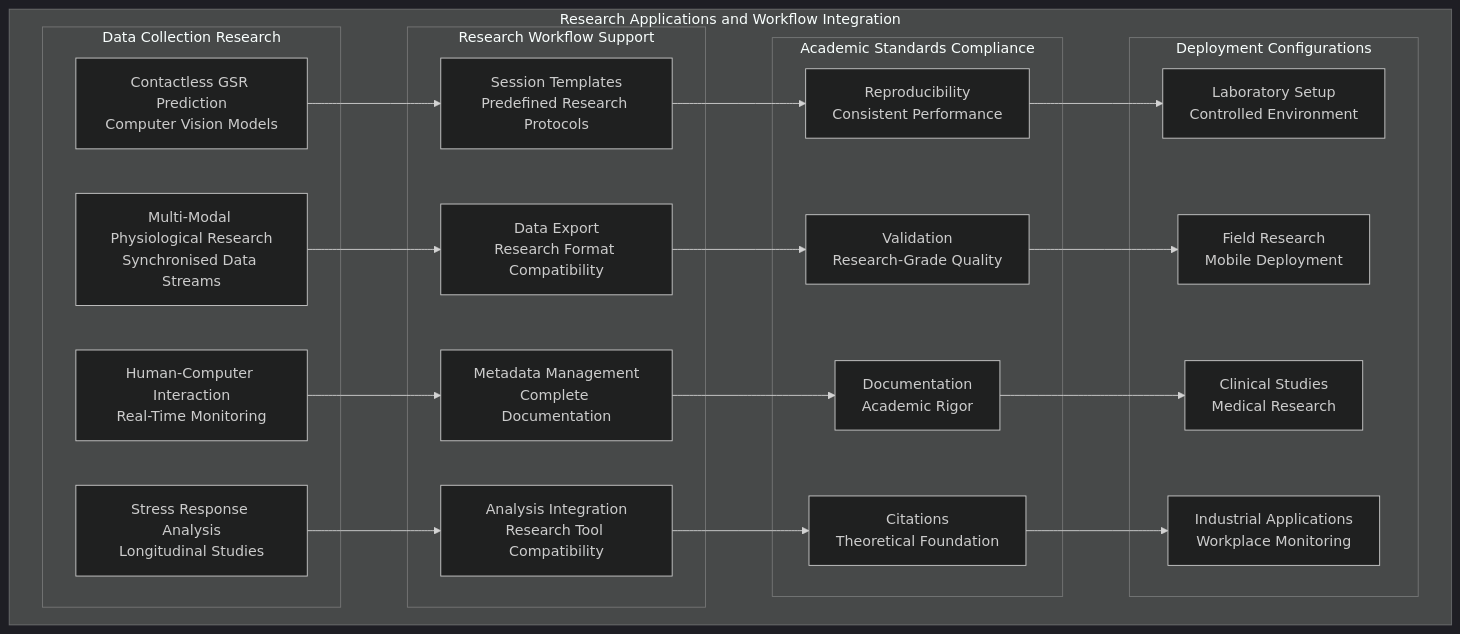
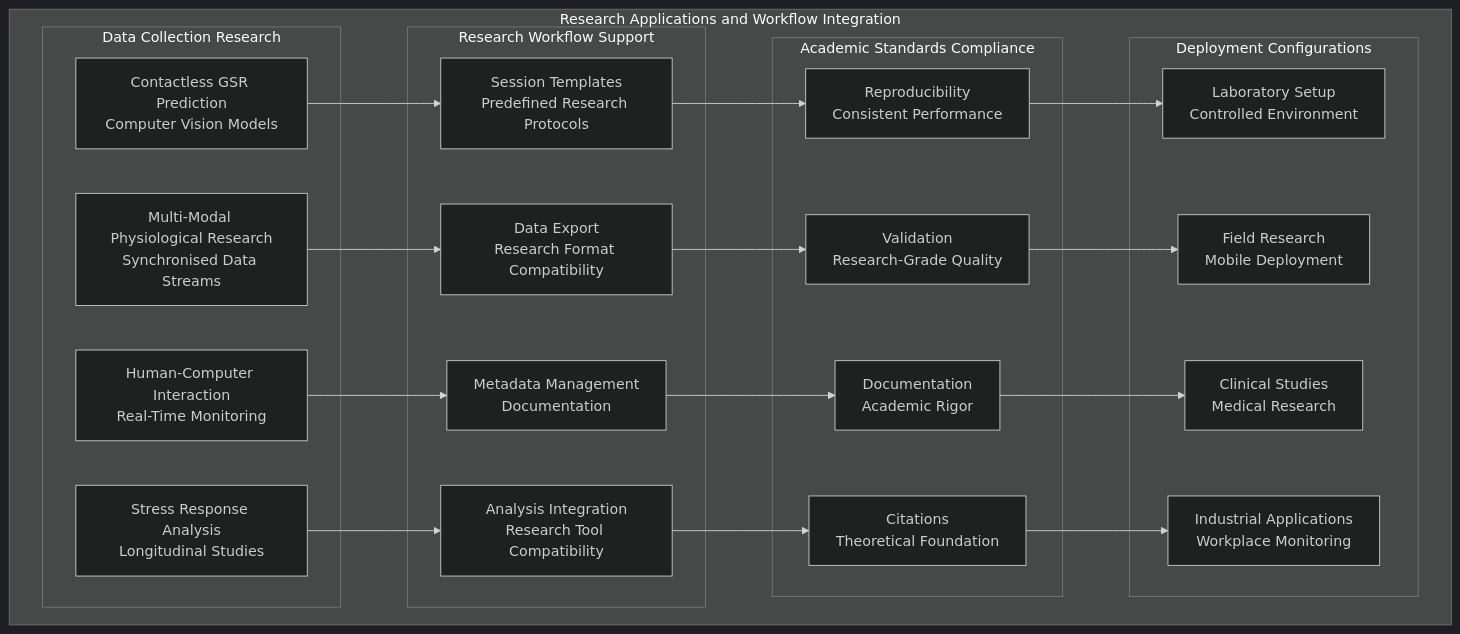
Before and after one commit to buccancs/fyp-multi-sensor-recording-system: the seventh of 8 diagrams in architecture.md, drawn with Mermaid (dark theme). The commit also changed other lines of this file and 2 other files, not shown here.

````diff
--- a/architecture.md
+++ b/architecture.md
@@ -568,47 +568,47 @@
 ```mermaid
 graph TB
     subgraph "Research Applications and Workflow Integration"
         subgraph "Data Collection Research"
             CONTACTLESS[Contactless GSR Prediction<br/>Computer Vision Models]
             MULTIMODAL[Multi-Modal Physiological Research<br/>Synchronised Data Streams]
             HCI[Human-Computer Interaction<br/>Real-Time Monitoring]
             STRESS[Stress Response Analysis<br/>Longitudinal Studies]
         end
         
         subgraph "Research Workflow Support"
             TEMPLATES[Session Templates<br/>Predefined Research Protocols]
             EXPORT[Data Export<br/>Research Format Compatibility]
-            METADATA[Metadata Management<br/>Complete Documentation]
+            METADATA[Metadata Management<br/>Documentation]
             ANALYSIS[Analysis Integration<br/>Research Tool Compatibility]
         end
         
         subgraph "Academic Standards Compliance"
             REPRODUCIBLE[Reproducibility<br/>Consistent Performance]
             VALIDATED[Validation<br/>Research-Grade Quality]
             DOCUMENTED[Documentation<br/>Academic Rigor]
             CITED[Citations<br/>Theoretical Foundation]
         end
         
         subgraph "Deployment Configurations"
             LAB[Laboratory Setup<br/>Controlled Environment]
             FIELD[Field Research<br/>Mobile Deployment]
             CLINICAL[Clinical Studies<br/>Medical Research]
             INDUSTRIAL[Industrial Applications<br/>Workplace Monitoring]
         end
     end
     
     CONTACTLESS --> TEMPLATES
     MULTIMODAL --> EXPORT
     HCI --> METADATA
     STRESS --> ANALYSIS
     
     TEMPLATES --> REPRODUCIBLE
     EXPORT --> VALIDATED
     METADATA --> DOCUMENTED
     ANALYSIS --> CITED
     
     REPRODUCIBLE --> LAB
     VALIDATED --> FIELD
     DOCUMENTED --> CLINICAL
     CITED --> INDUSTRIAL
 ```
````
